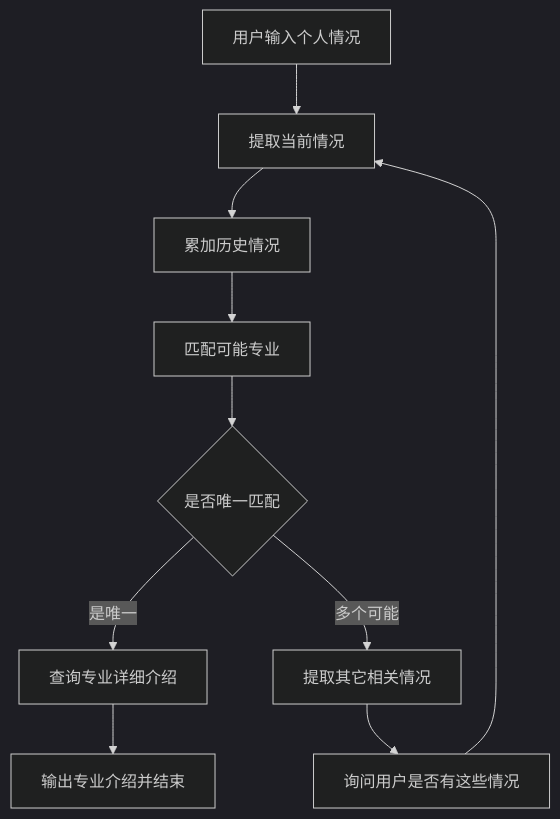
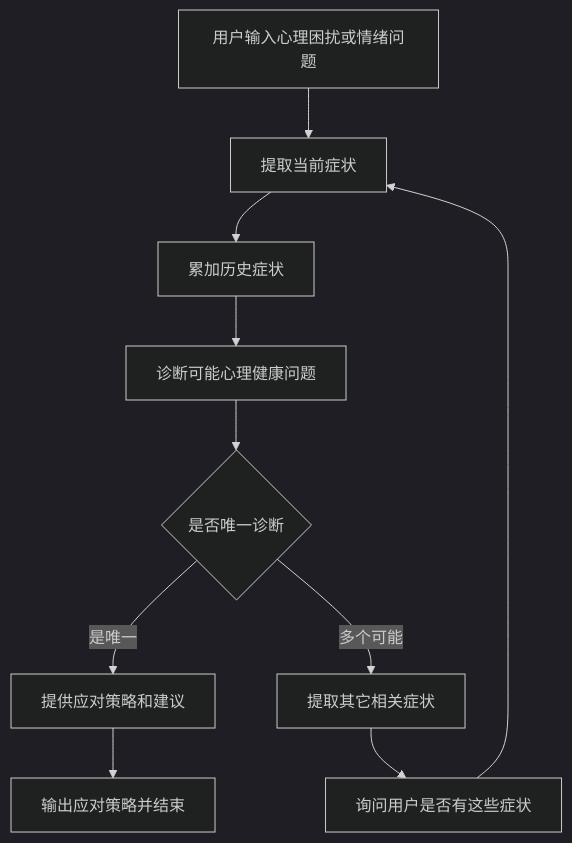
One commit to johnson7788/DecisionAgent changed the diagram in backend/mental_health/README.md. Above: the diagram before and after it, drawn with Mermaid (dark theme). The commit also changed other lines of this file and 5 other files, not shown here.

````diff
--- a/backend/mental_health/README.md
+++ b/backend/mental_health/README.md
@@ -18,16 +18,16 @@
 ```mermaid
 flowchart TD
-    A[用户输入个人情况] --> B[提取当前情况]
-    B --> C[累加历史情况]
-    C --> D[匹配可能专业]
+    A[用户输入心理困扰或情绪问题] --> B[提取当前症状]
+    B --> C[累加历史症状]
+    C --> D[诊断可能心理健康问题]
 
-    D --> E{是否唯一匹配}
+    D --> E{是否唯一诊断}
     
-    E -- 是唯一 --> F[查询专业详细介绍]
+    E -- 是唯一 --> F[提供应对策略和建议]
     
-    E -- 多个可能 --> G[提取其它相关情况]
-    G --> H[询问用户是否有这些情况]
+    E -- 多个可能 --> G[提取其它相关症状]
+    G --> H[询问用户是否有这些症状]
     H --> B
 
-    F --> I[输出专业介绍并结束]
+    F --> I[输出应对策略并结束]
 ```
````
